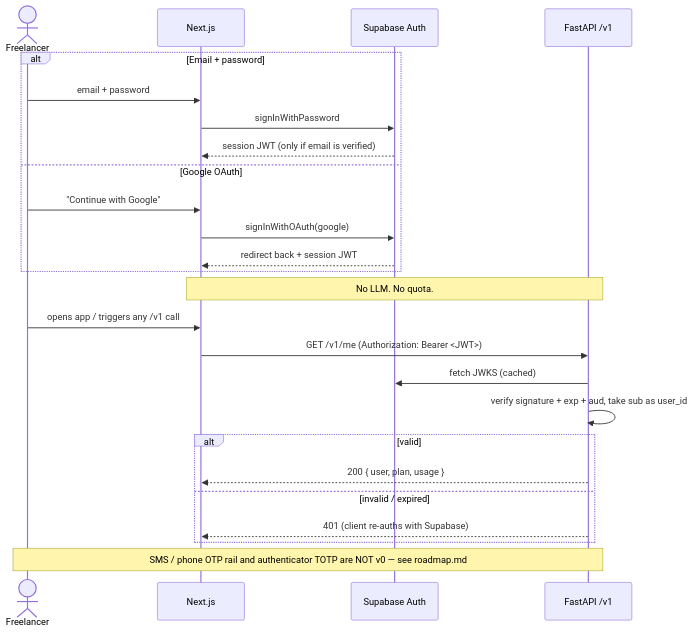
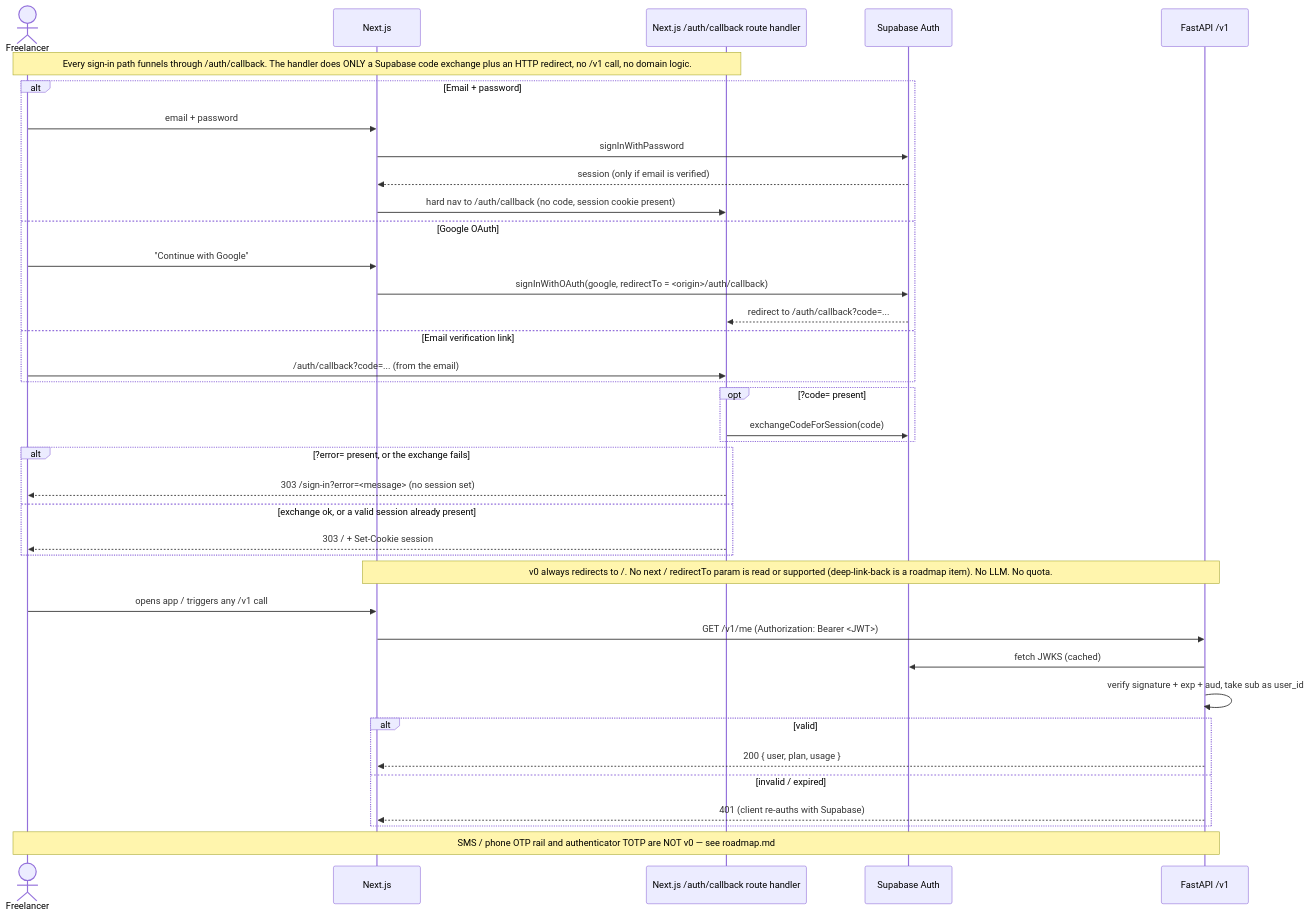
The first of 8 diagrams in docs/architecture-sequences.md (krishnaviswa/AIProposer), drawn with Mermaid before and after one commit. The commit also changed other lines of this file and 4 other files, not shown here.

First line of the commit message:
S-006: hosted checkout + /auth/callback — spec + Wave-1 docs

````diff
--- a/docs/architecture-sequences.md
+++ b/docs/architecture-sequences.md
@@ -29,30 +36,44 @@
 ```mermaid
 sequenceDiagram
     actor U as Freelancer
     participant W as Next.js
+    participant CB as Next.js /auth/callback route handler
     participant Auth as Supabase Auth
     participant A as FastAPI /v1
 
+    Note over U,CB: Every sign-in path funnels through /auth/callback. The handler does ONLY a Supabase code exchange plus an HTTP redirect, no /v1 call, no domain logic.
     alt Email + password
         U->>W: email + password
         W->>Auth: signInWithPassword
-        Auth-->>W: session JWT (only if email is verified)
+        Auth-->>W: session (only if email is verified)
+        W->>CB: hard nav to /auth/callback (no code, session cookie present)
     else Google OAuth
         U->>W: "Continue with Google"
-        W->>Auth: signInWithOAuth(google)
-        Auth-->>W: redirect back + session JWT
+        W->>Auth: signInWithOAuth(google, redirectTo = <origin>/auth/callback)
+        Auth-->>CB: redirect to /auth/callback?code=...
+    else Email verification link
+        U->>CB: /auth/callback?code=... (from the email)
     end
 
-    Note over W,A: No LLM. No quota.
+    opt ?code= present
+        CB->>Auth: exchangeCodeForSession(code)
+    end
+    alt ?error= present, or the exchange fails
+        CB-->>U: 303 /sign-in?error=<message>  (no session set)
+    else exchange ok, or a valid session already present
+        CB-->>U: 303 /  + Set-Cookie session
+    end
+
+    Note over W,A: v0 always redirects to /. No next / redirectTo param is read or supported (deep-link-back is a roadmap item). No LLM. No quota.
     U->>W: opens app / triggers any /v1 call
     W->>A: GET /v1/me  (Authorization: Bearer <JWT>)
     A->>Auth: fetch JWKS (cached)
     A->>A: verify signature + exp + aud, take sub as user_id
     alt valid
         A-->>W: 200 { user, plan, usage }
     else invalid / expired
         A-->>W: 401 (client re-auths with Supabase)
     end
 
     Note over U,A: SMS / phone OTP rail and authenticator TOTP are NOT v0 — see roadmap.md
 ```
````
